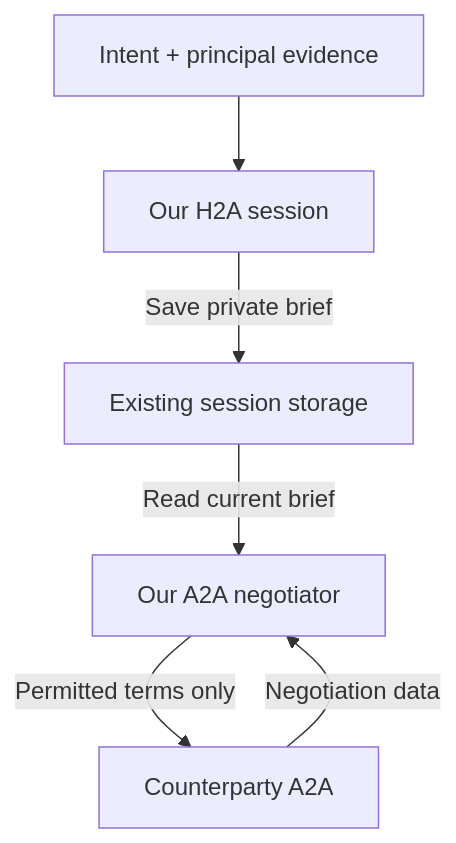
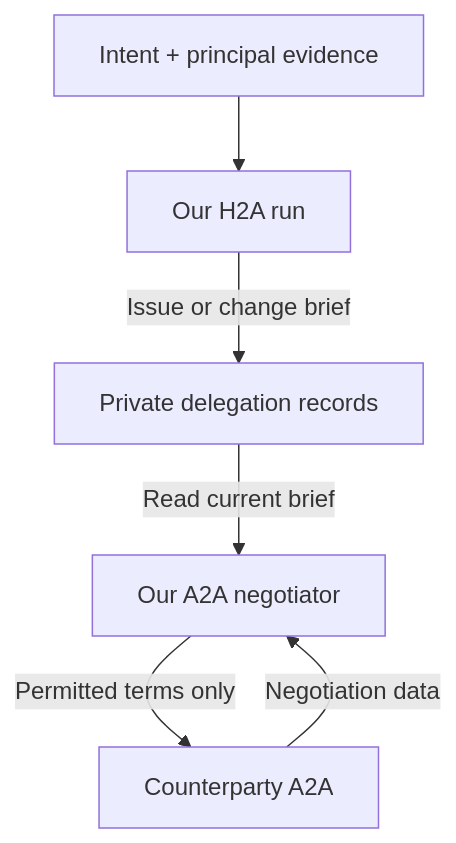
One commit to indexnetwork/index changed the first of 2 diagrams in docs/agent-enhancement/briefs.md. Above: the diagram before and after it, drawn with Mermaid. The commit also changed other lines of this file and 9 other files, not shown here.

````diff
--- a/docs/agent-enhancement/briefs.md
+++ b/docs/agent-enhancement/briefs.md
@@ -9,8 +10,8 @@
 ```mermaid
 flowchart TD
-    P["Intent + principal evidence"] --> H["Our H2A session"]
-    H -->|"Save private brief"| B["Existing session storage"]
+    P["Intent + principal evidence"] --> H["Our H2A run"]
+    H -->|"Issue or change brief"| B["Private delegation records"]
     B -->|"Read current brief"| A["Our A2A negotiator"]
     C["Counterparty A2A"] -->|"Negotiation data"| A
     A -->|"Permitted terms only"| C
 ```
````
